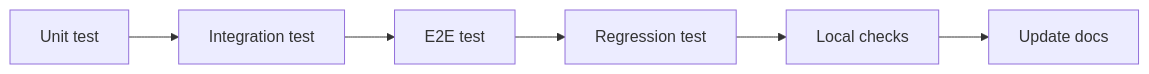
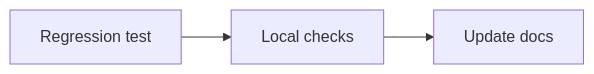
The fifth of 6 diagrams in docs/adr-003-v-model-workflow.md (rkristelijn/llama-cli), drawn with Mermaid before and after one commit. The commit also changed other lines of this file, not shown here.

Commit message:
docs: restructure workflow into Define, Build, Test, Audit, Release

````diff
--- a/docs/adr-003-v-model-workflow.md
+++ b/docs/adr-003-v-model-workflow.md
@@ -34,8 +41,5 @@
 ```mermaid
 graph LR
-    F[Unit test] --> G[Integration test]
-    G --> H[E2E test]
-    H --> I[Regression test]
-    I --> J[Local checks]
-    J --> K[Update docs]
+    H[Regression test] --> I[Local checks]
+    I --> J[Update docs]
 ```
````
